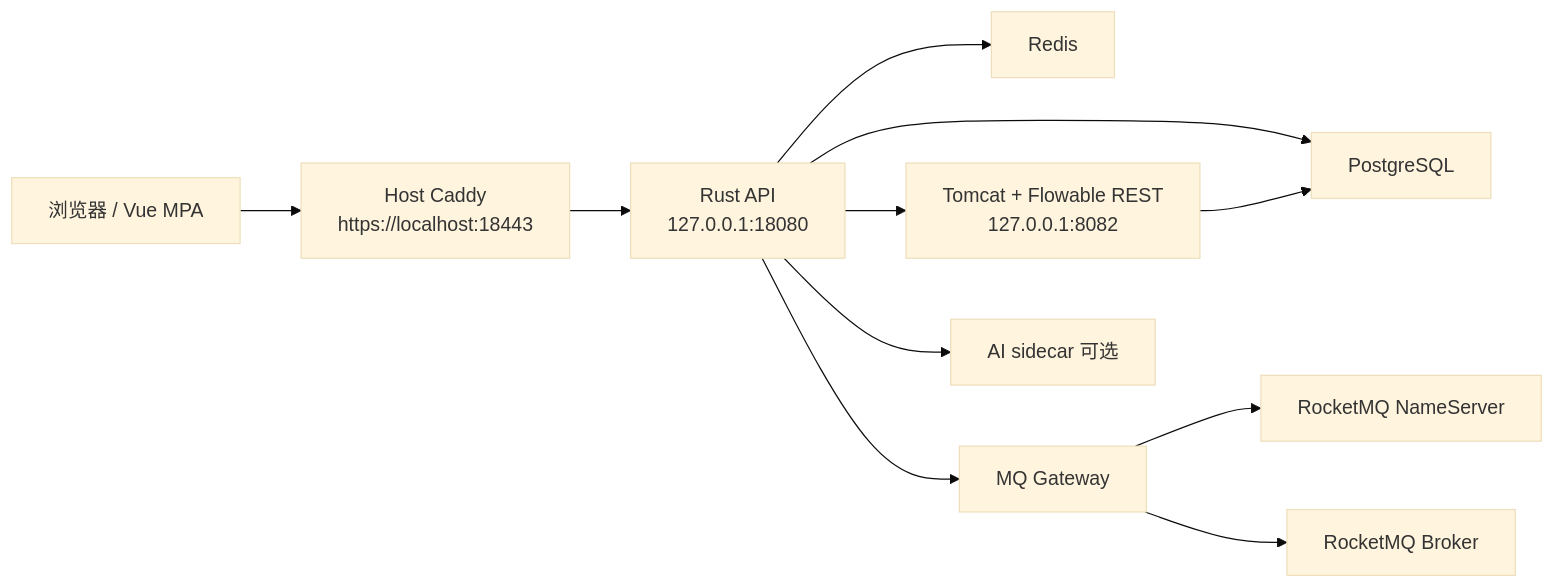
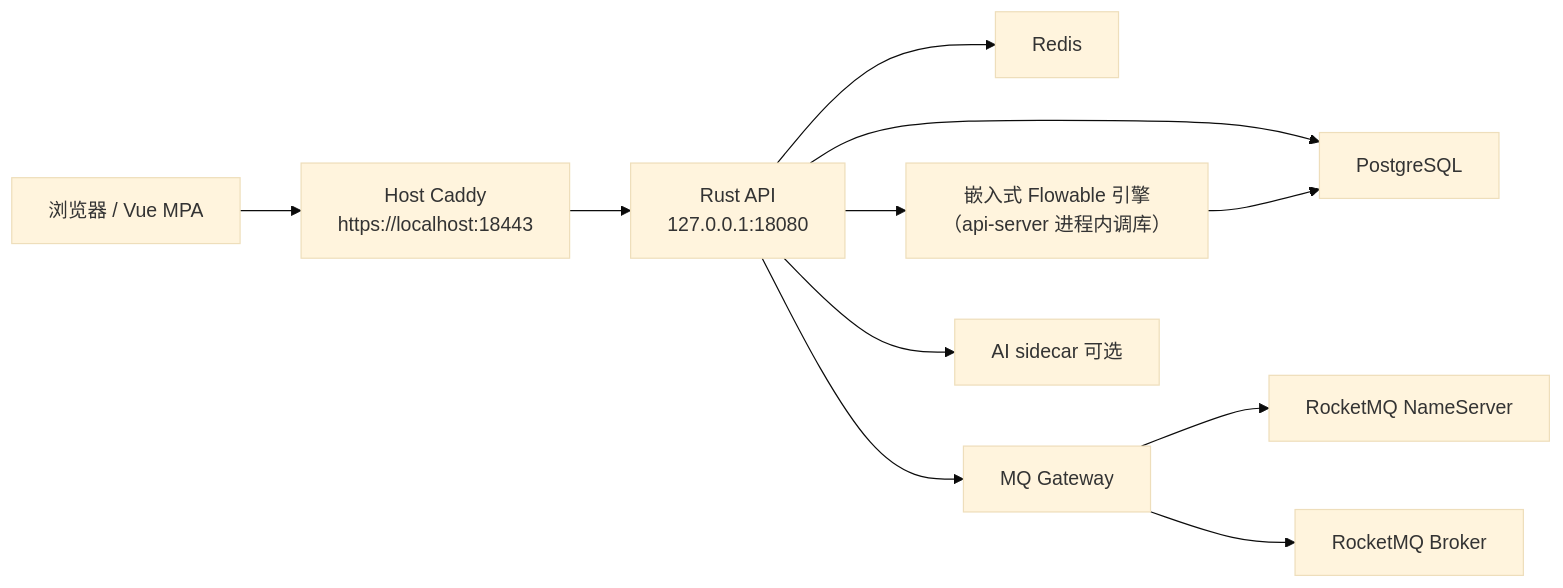
One commit to shezhifei/flight-monitor-system changed the diagram in docs/DEPLOYMENT.md. Above: the diagram before and after it, drawn with Mermaid (base theme). The commit also changed other lines of this file and 25 other files, not shown here.

Commit message:
chore(flowable): sweep tomcat-era deployment leftovers, wire embedded engine env

````diff
--- a/docs/DEPLOYMENT.md
+++ b/docs/DEPLOYMENT.md
@@ -108,13 +108,13 @@
 ```mermaid
 flowchart LR
     User["浏览器 / Vue MPA"] --> Caddy["Host Caddy<br/>https://localhost:18443"]
     Caddy --> RustAPI["Rust API<br/>127.0.0.1:18080"]
     RustAPI --> PG["PostgreSQL"]
     RustAPI --> Redis["Redis"]
     RustAPI --> MQ["MQ Gateway"]
-    RustAPI --> Flowable["Tomcat + Flowable REST<br/>127.0.0.1:8082"]
+    RustAPI --> Flowable["嵌入式 Flowable 引擎<br/>（api-server 进程内调库）"]
     RustAPI --> Sidecar["AI sidecar 可选"]
     MQ --> Namesrv["RocketMQ NameServer"]
     MQ --> Broker["RocketMQ Broker"]
     Flowable --> PG
 ```
````
